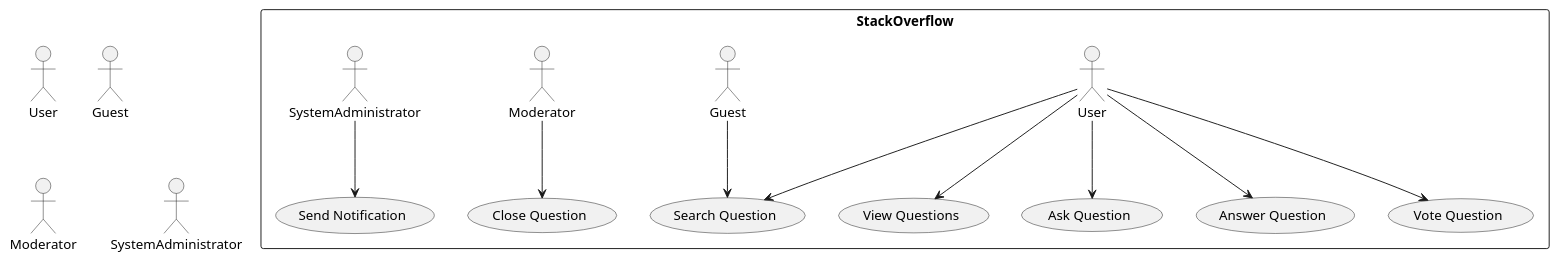
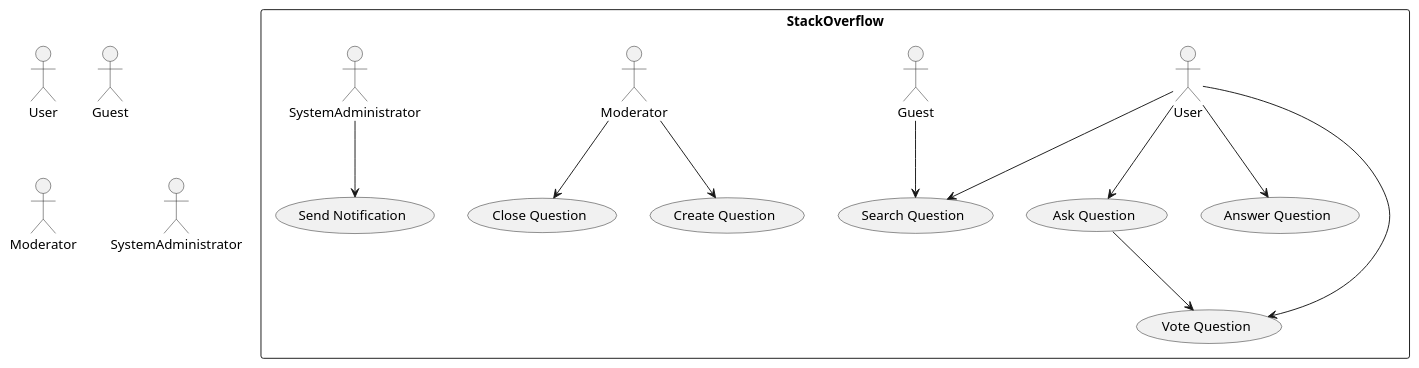
One commit to gbauza3destinee/stackOverflowApp changed the diagram in src/UseCase.plantuml. Above: the diagram before and after it, drawn with PlantUML. The commit also changed 1 other file, not shown here.

```diff
--- a/src/UseCase.plantuml
+++ b/src/UseCase.plantuml
@@ -1,33 +1,34 @@
 @startuml
-
 
 actor User as user
 actor Guest as guest
 actor Moderator as moderator
 actor SystemAdministrator as systemAdmin
 
 rectangle StackOverflow {
-    usecase "View Questions" as ViewQuestion
     usecase "Ask Question" as AskQuestion
     usecase "Answer Question" as AnswerQuestion
     usecase "Search Question" as SearchQuestion
     usecase "Vote Question" as VoteQuestion
     usecase "Close Question" as CloseQuestion
     usecase "Send Notification" as SendNotification
+    usecase "Create Question" as CreateQuestion
 
-    User --> ViewQuestion
     User --> AskQuestion
     User --> AnswerQuestion
     User --> SearchQuestion
     User --> VoteQuestion
     Guest --> SearchQuestion
     Moderator --> CloseQuestion
+    Moderator --> CreateQuestion
     SystemAdministrator --> SendNotification
+
+    AskQuestion --> VoteQuestion
 
 }
 
 
 
 
 
 @enduml
```
